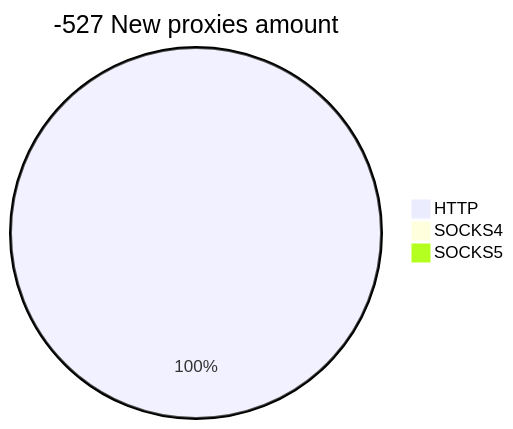
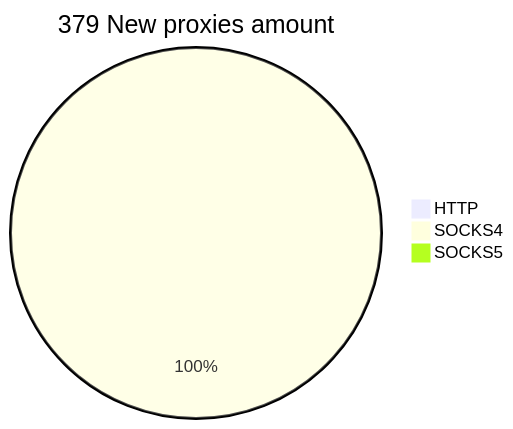
Before and after one commit to cutipu/proxylist: the second of 2 diagrams in README.md, drawn with Mermaid. The commit also changed other lines of this file, not shown here.

````diff
--- a/README.md
+++ b/README.md
@@ -10,6 +10,6 @@
 ```mermaid
-pie title -527 New proxies amount
-    "HTTP" : 129
-    "SOCKS4" : 0
+pie title 379 New proxies amount
+    "HTTP" : 0
+    "SOCKS4" : 463
     "SOCKS5" : 0
 ```
````
